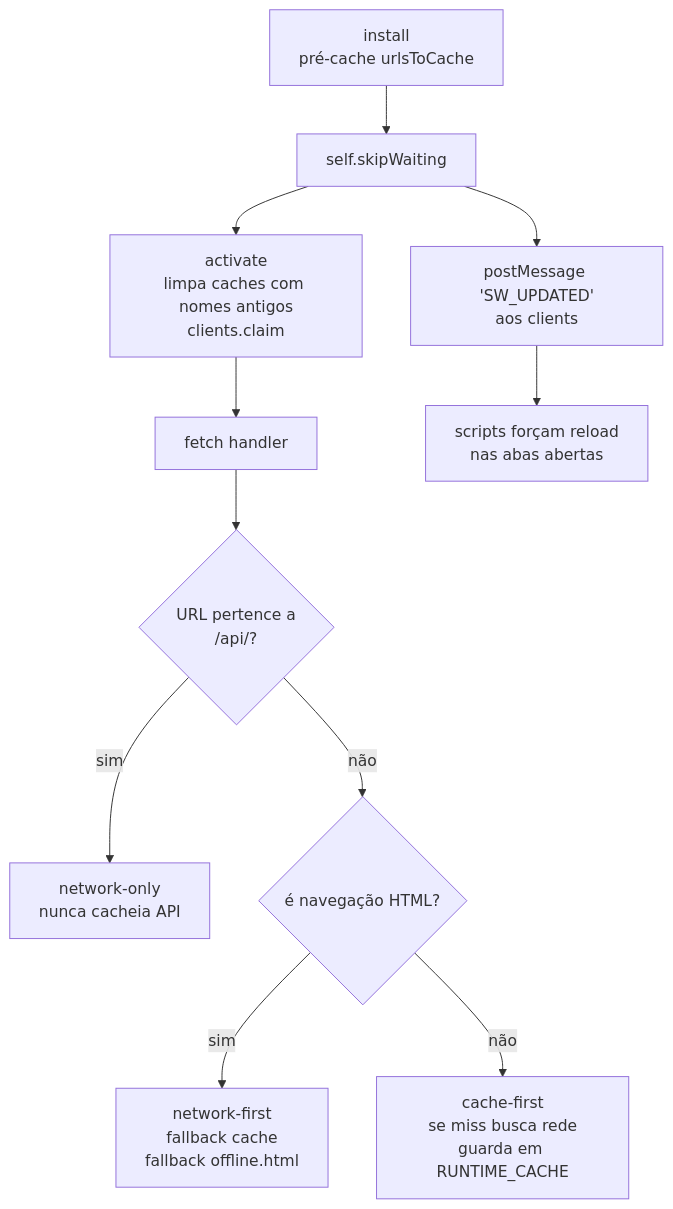
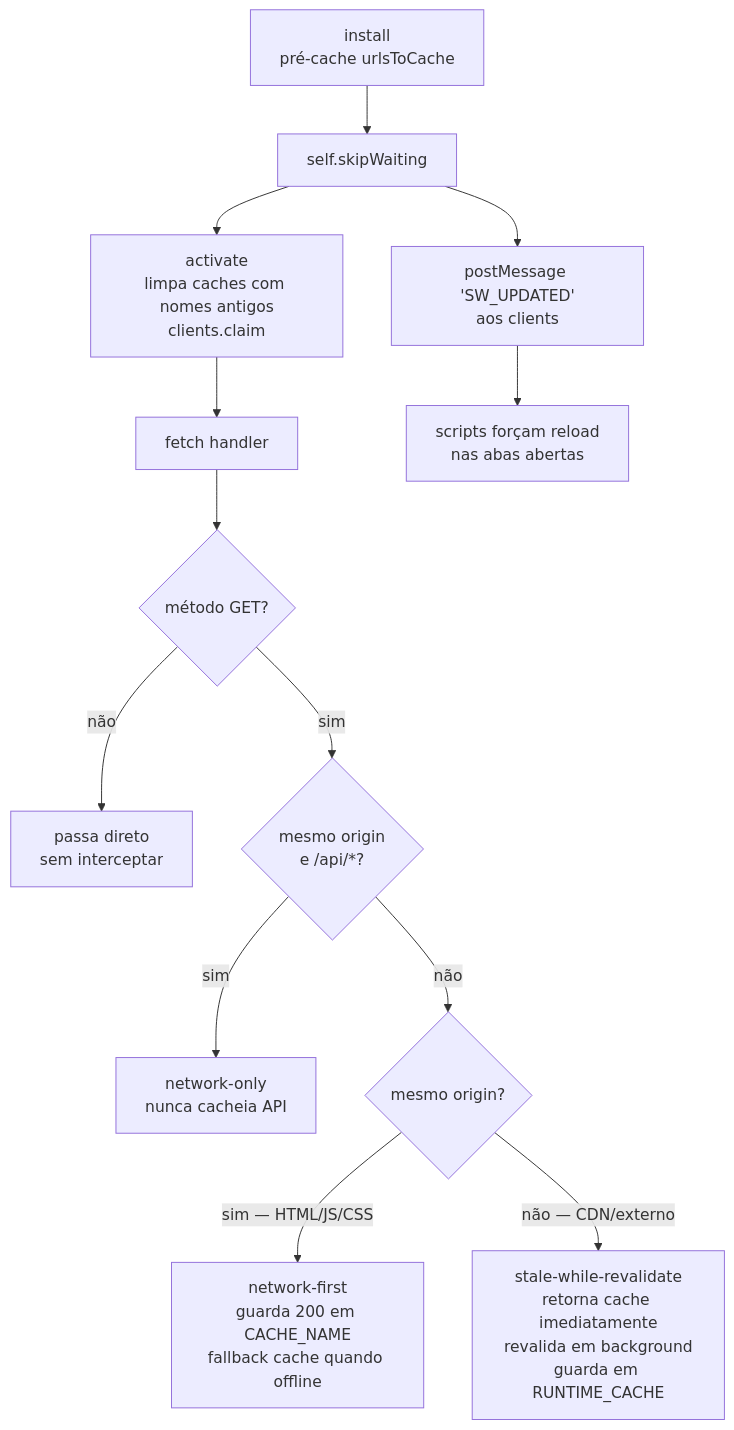
Before and after one commit to Dev-Aprendiz0/ondetem: the ninth of 10 diagrams in docs/fluxograma.md, drawn with Mermaid. The commit also changed other lines of this file, not shown here.

Commit message:
docs(fluxograma): corrigir imprecis\u00f5es apontadas pelo Devin Review (sess\u00e3o sem expira\u00e7\u00e3o, stale-while-revalidate, req.usuario)

````diff
--- a/docs/fluxograma.md
+++ b/docs/fluxograma.md
@@ -298,15 +297,17 @@
 ```mermaid
 flowchart TD
     Inst["install<br/>pré-cache urlsToCache"] --> ActSkip[self.skipWaiting]
     ActSkip --> Act["activate<br/>limpa caches com nomes antigos<br/>clients.claim"]
     Act --> Fetch[fetch handler]
 
-    Fetch --> Q{URL pertence a<br/>/api/?}
-    Q -->|sim| NetOnly[network-only<br/>nunca cacheia API]
-    Q -->|não| Q2{é navegação HTML?}
-    Q2 -->|sim| NF[network-first<br/>fallback cache<br/>fallback offline.html]
-    Q2 -->|não| CF[cache-first<br/>se miss busca rede<br/>guarda em RUNTIME_CACHE]
+    Fetch --> Q{método GET?}
+    Q -->|não| Skip[passa direto<br/>sem interceptar]
+    Q -->|sim| Q2{mesmo origin<br/>e /api/*?}
+    Q2 -->|sim| NetOnly[network-only<br/>nunca cacheia API]
+    Q2 -->|não| Q3{mesmo origin?}
+    Q3 -->|sim — HTML/JS/CSS| NF[network-first<br/>guarda 200 em CACHE_NAME<br/>fallback cache quando offline]
+    Q3 -->|não — CDN/externo| SWR[stale-while-revalidate<br/>retorna cache imediatamente<br/>revalida em background<br/>guarda em RUNTIME_CACHE]
 
     ActSkip --> Msg["postMessage 'SW_UPDATED'<br/>aos clients"]
     Msg --> Reload[scripts forçam reload<br/>nas abas abertas]
 ```
````
